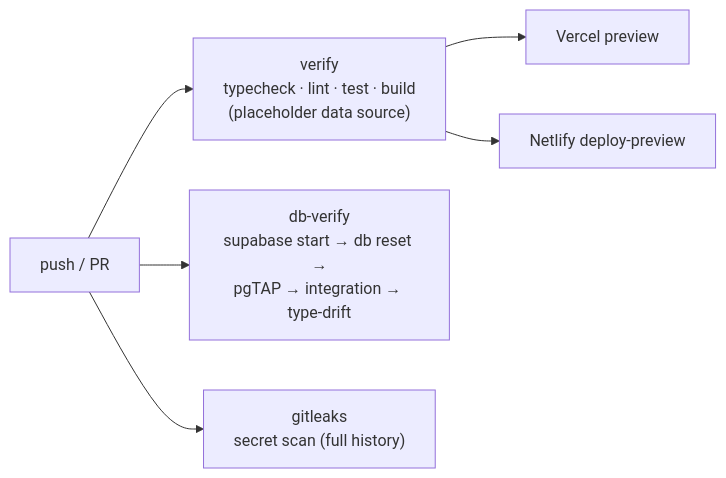
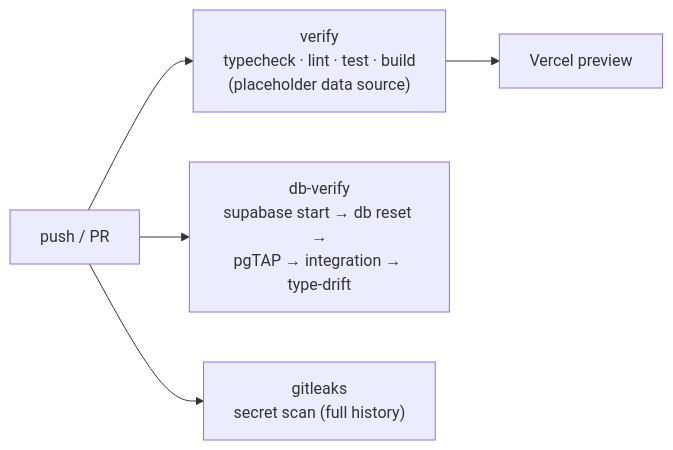
Diagram 18 of 19 in docs/architecture/SYSTEM_ARCHITECTURE.md (brightloophq/BrightLoop-Platform), drawn with Mermaid before and after one commit. The commit also changed other lines of this file and 1 other file, not shown here.

First line of the commit message:
docs: make Vercel the sole documented deploy provider

````diff
--- a/docs/architecture/SYSTEM_ARCHITECTURE.md
+++ b/docs/architecture/SYSTEM_ARCHITECTURE.md
@@ -898,8 +898,7 @@
 ```mermaid
 flowchart LR
   push["push / PR"] --> verify["verify\ntypecheck · lint · test · build\n(placeholder data source)"]
   push --> dbv["db-verify\nsupabase start → db reset →\npgTAP → integration → type-drift"]
   push --> gl["gitleaks\nsecret scan (full history)"]
   verify --> vercel["Vercel preview"]
-  verify --> netlify["Netlify deploy-preview"]
 ```
````
